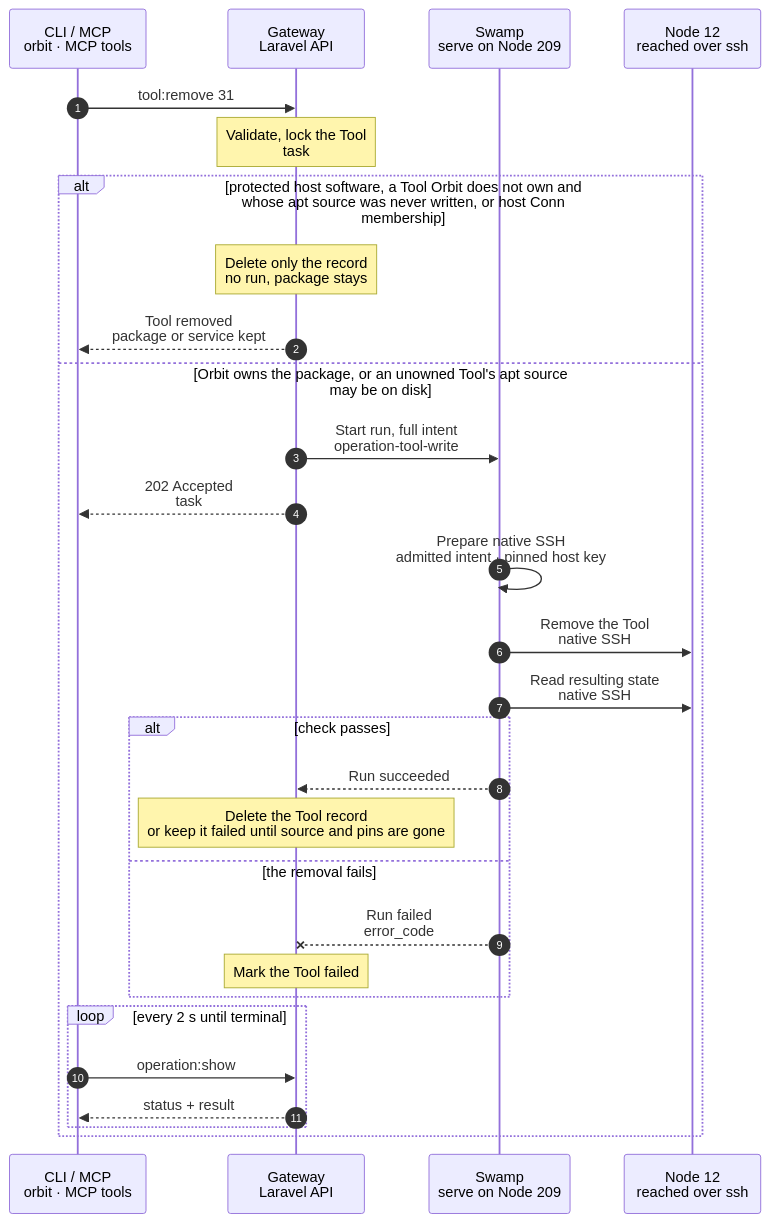
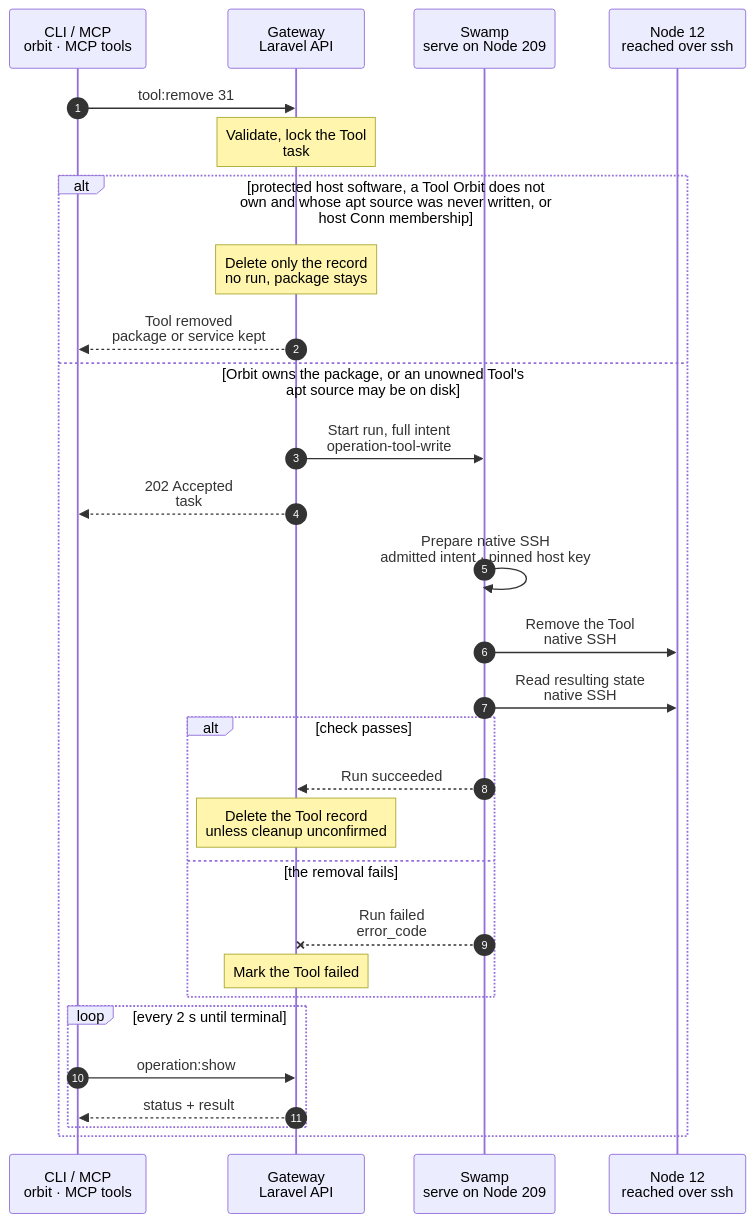
The diagram in docs/cli/tool/remove.mmd (hardimpactdev/orbit), drawn with Mermaid before and after one commit.

Commit message:
Fit the tool removal chart note to the flow limits

```diff
--- a/docs/cli/tool/remove.mmd
+++ b/docs/cli/tool/remove.mmd
@@ -1,50 +1,52 @@
 sequenceDiagram
   %% docs/reference/tools.md#remove-a-tool. R1: a record-only change starts no run.
   %% status: draft
   %% command: tool:remove
   %% kind: tool.remove
   autonumber
   %% lane CLI icon=terminal pill=caller tone=gray
   %% lane GW icon=gateway pill=intent tone=blue
   %% lane SW icon=workflow pill=executes tone=green
   %% lane N icon=server pill=target tone=amber
   participant CLI as CLI / MCP<br/>orbit · MCP tools
   participant GW as Gateway<br/>Laravel API
   participant SW as Swamp<br/>serve on Node 209
   participant N as Node 12<br/>reached over ssh
   CLI->>GW: tool:remove 31
   %%> Command:
   %%> - `orbit tool:remove 31 --yes`
   %%> - syntax: `<tool> [--yes] [--idempotency-key=KEY] [--json]`
   Note over GW: Validate, lock the Tool<br/>task #5135 · ripgrep on Node 12
   alt protected host software, a Tool Orbit does not own and whose apt source was never written, or host Conn membership
     Note over GW: Delete only the record<br/>no run, package stays
     %%> Why:
     %%> - the recipe owns the package; removing it would break the role
     %%> - a Tool owns its package only when Orbit recorded it: a successful install, an adoption or a convergence that installed it; no failure, retry, cleanup or sibling changes that
     %%> - withdrawing a host Conn membership leaves the service running and excludes it from future release rollouts
     GW-->>CLI: Tool removed<br/>package or service kept
   else Orbit owns the package, or an unowned Tool's apt source may be on disk
     GW->>SW: Start run, full intent<br/>operation-tool-write
     GW-->>CLI: 202 Accepted<br/>task #5135
     SW->>SW: Prepare native SSH<br/>admitted intent · pinned host key
     SW->>N: Remove the Tool<br/>native SSH
     %%> Scope:
     %%> - remove the apt source when no membership needs it; otherwise repin only the remaining packages
     %%> - `package_owned: false` skips the package plan, keeps the package and cleans only its apt source or pins, from the source as the Node now records it
     %%> - a removal that would also remove a held recipe package is refused
     SW->>N: Read resulting state<br/>native SSH
     alt check passes
       SW-->>GW: Run succeeded
-      Note over GW: Delete the Tool record<br/>or keep it failed until source and pins are gone
+      Note over GW: Delete the Tool record<br/>unless cleanup unconfirmed
+      %%> Last member:
+      %%> - an unconfirmed source or preference removal keeps the Tool failed with `tool.repository_failed` as its retry handle
     else the removal fails
       SW--xGW: Run failed<br/>error_code
       Note over GW: Mark the Tool failed
       %%> Retry:
       %%> - run the same command again after a fix
     end
     loop every 2 s until terminal
       CLI->>GW: operation:show #5135
       GW-->>CLI: status + result
     end
   end
```
